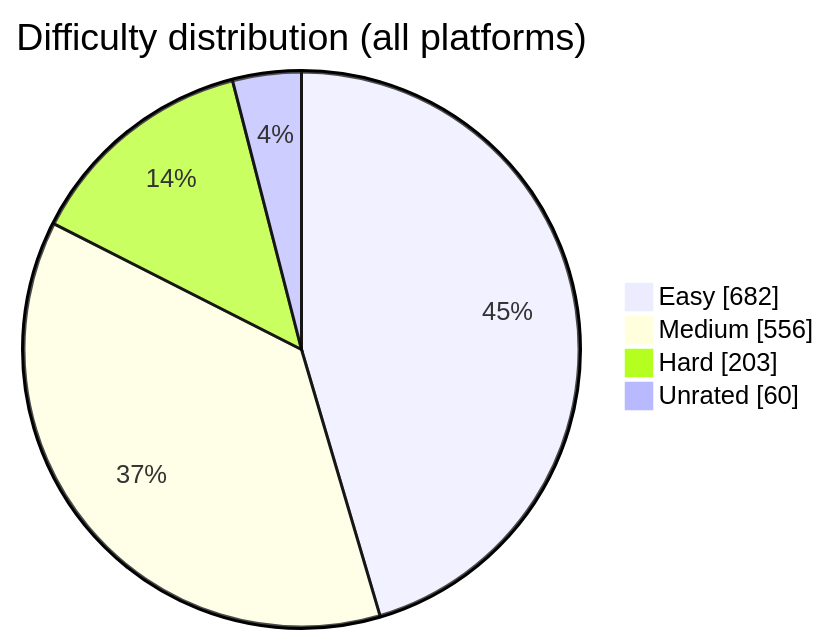
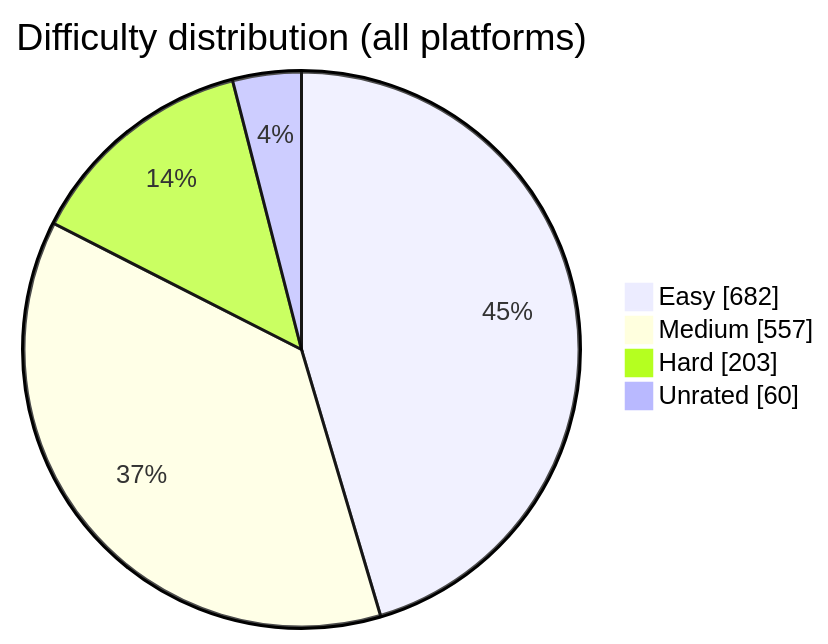
One commit to BuildbyArindam/Daily-Coding-Log changed the diagram in README.md. Above: the diagram before and after it, drawn with Mermaid. The commit also changed other lines of this file, not shown here.

````diff
--- a/README.md
+++ b/README.md
@@ -93,7 +93,7 @@
 ```mermaid
 pie showData title Difficulty distribution (all platforms)
     "Easy" : 682
-    "Medium" : 556
+    "Medium" : 557
     "Hard" : 203
     "Unrated" : 60
 ```
````
